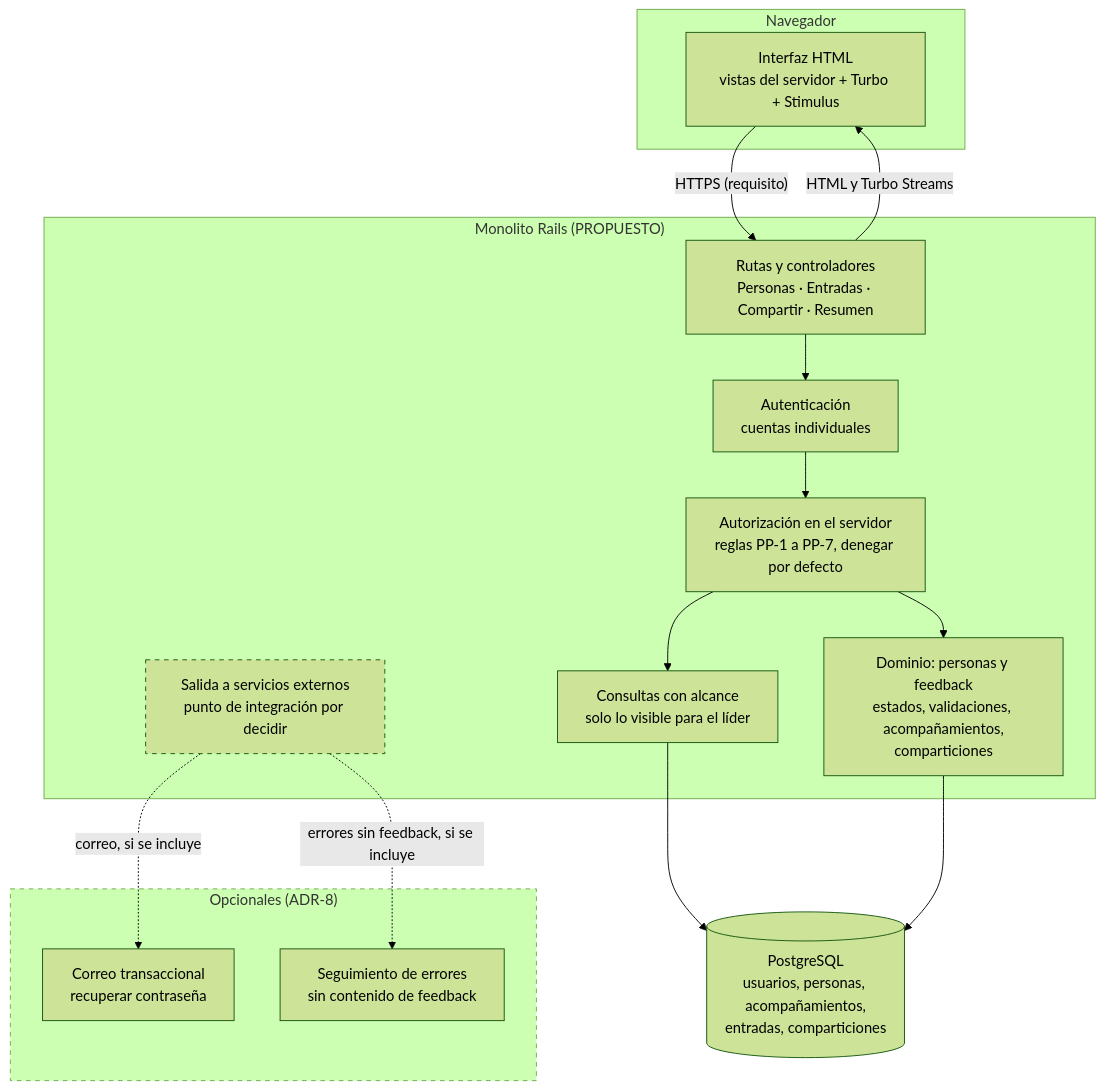
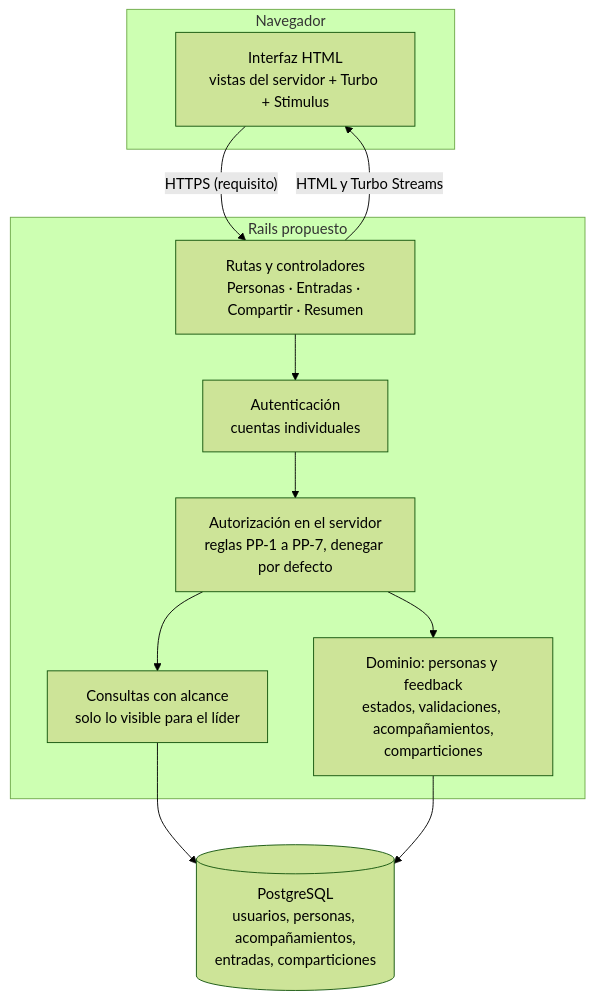
Before and after one commit to pablo-wpify/ensayo-openspec-growth-log: the first of 4 diagrams in README.md, drawn with Mermaid (forest theme). The commit also changed other lines of this file and 6 other files, not shown here.

````diff
--- a/README.md
+++ b/README.md
@@ -221,31 +225,22 @@
 ```mermaid
 flowchart TB
   subgraph NAV["Navegador"]
     UI["Interfaz HTML<br/>vistas del servidor + Turbo + Stimulus"]
   end
-  subgraph APP["Monolito Rails (PROPUESTO)"]
+  subgraph APP["Rails propuesto"]
     RT["Rutas y controladores<br/>Personas · Entradas · Compartir · Resumen"]
     AUTH["Autenticación<br/>cuentas individuales"]
     POL["Autorización en el servidor<br/>reglas PP-1 a PP-7, denegar por defecto"]
     SCOPE["Consultas con alcance<br/>solo lo visible para el líder"]
     DOM["Dominio: personas y feedback<br/>estados, validaciones, acompañamientos,<br/>comparticiones"]
-    OUT["Salida a servicios externos<br/>punto de integración por decidir"]
   end
   DB[("PostgreSQL<br/>usuarios, personas, acompañamientos,<br/>entradas, comparticiones")]
-  subgraph EXT["Opcionales (ADR-8)"]
-    MAIL["Correo transaccional<br/>recuperar contraseña"]
-    ERR["Seguimiento de errores<br/>sin contenido de feedback"]
-  end
   UI -- "HTTPS (requisito)" --> RT
   RT --> AUTH
   AUTH --> POL
   POL --> SCOPE
   POL --> DOM
   SCOPE --> DB
   DOM --> DB
   RT -- "HTML y Turbo Streams" --> UI
-  OUT -. "correo, si se incluye" .-> MAIL
-  OUT -. "errores sin feedback, si se incluye" .-> ERR
-  style OUT stroke-dasharray: 5 5
-  style EXT stroke-dasharray: 5 5
 ```
````
